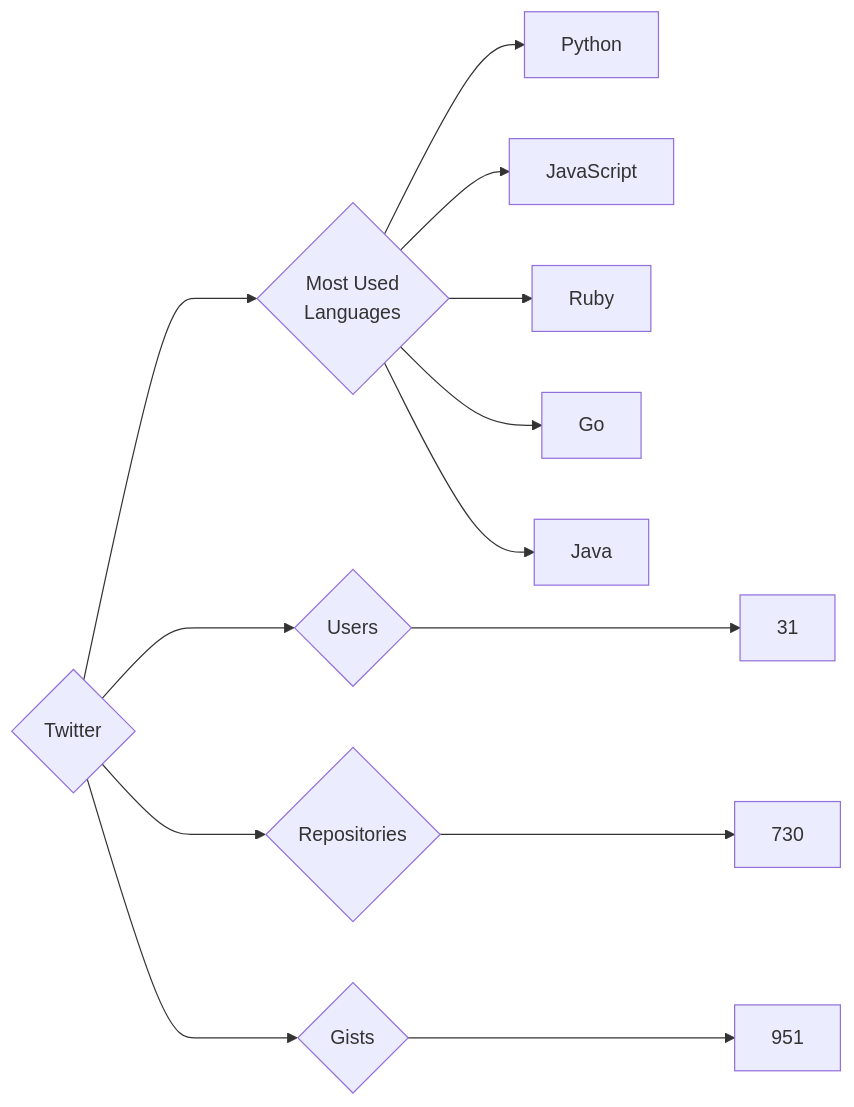
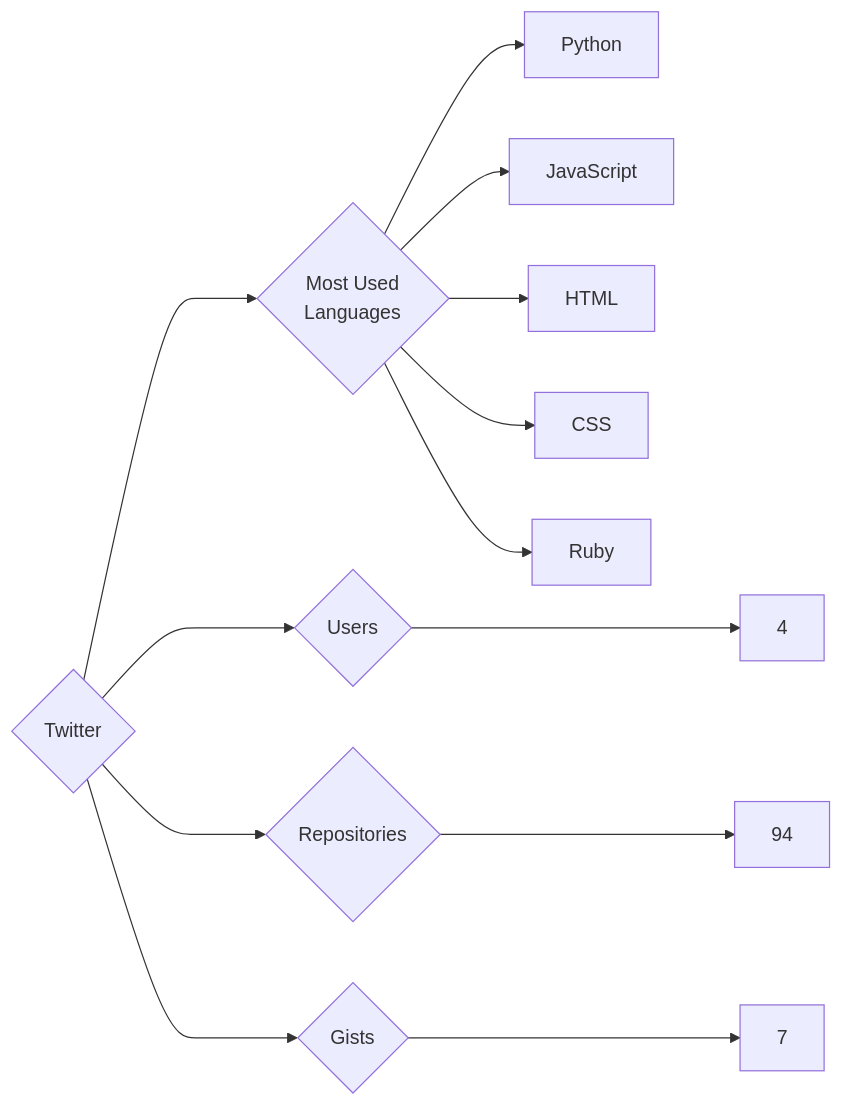
Before and after one commit to trickest/insiders: the diagram in targets/Twitter/README.md, drawn with Mermaid. The commit also changed 582 other files, not shown here.

````diff
--- a/targets/Twitter/README.md
+++ b/targets/Twitter/README.md
@@ -3,13 +3,13 @@
 ```mermaid
 graph LR
 COMPANY_NAME{Twitter}
-COMPANY_NAME ---> U{Users} ---> UN[31]
-COMPANY_NAME ---> R{Repositories} ---> RN[730]
-COMPANY_NAME ---> G{Gists} ---> GN[951]
+COMPANY_NAME ---> U{Users} ---> UN[4]
+COMPANY_NAME ---> R{Repositories} ---> RN[94]
+COMPANY_NAME ---> G{Gists} ---> GN[7]
 COMPANY_NAME ---> ML{Most Used<br>Languages}
 ML --> Python[Python]
 ML --> JavaScript[JavaScript]
+ML --> HTML[HTML]
+ML --> CSS[CSS]
 ML --> Ruby[Ruby]
-ML --> Go[Go]
-ML --> Java[Java]
 ```
````
